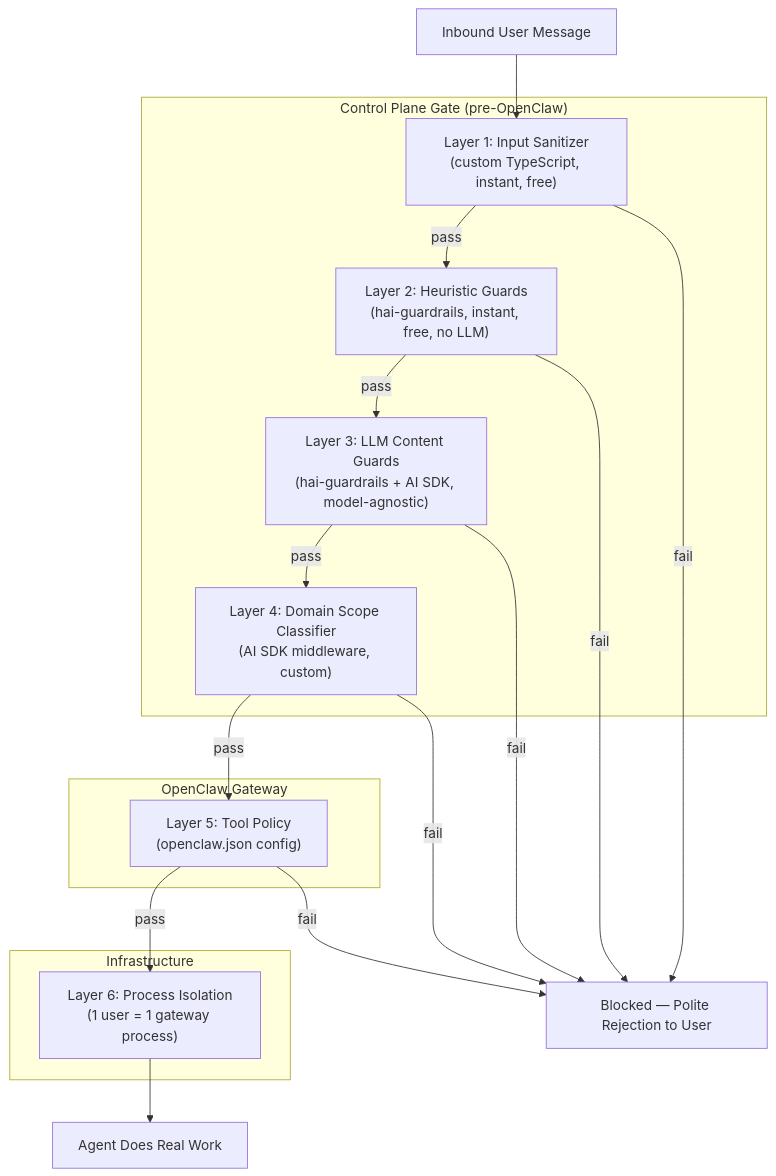
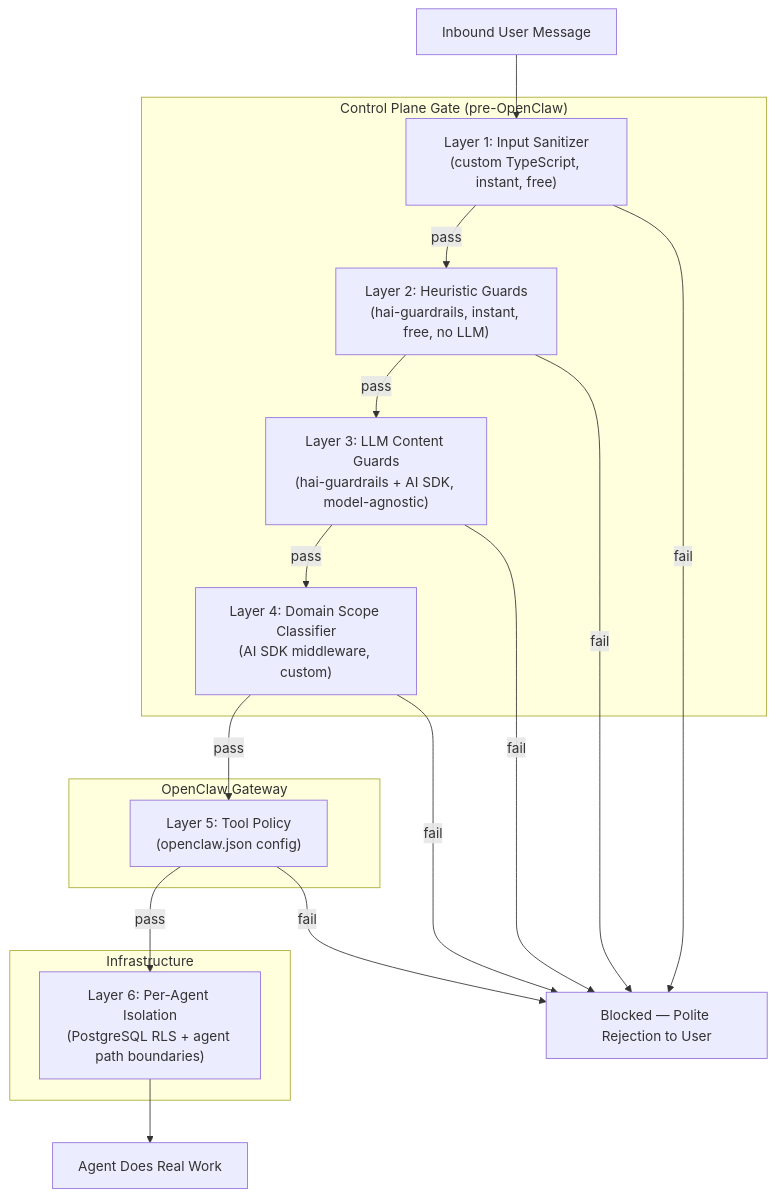
Before and after one commit to 1qh/claw: the first of 2 diagrams in brainstorm/security.md, drawn with Mermaid. The commit also changed other lines of this file and 12 other files, not shown here.

Commit message:
Major architecture revision: multi-agent per gateway, fully stateless via TigerFS, 500-1000 gateways for 10K users

````diff
--- a/brainstorm/security.md
+++ b/brainstorm/security.md
@@ -9,33 +9,33 @@
 ```mermaid
 flowchart TD
     MSG[Inbound User Message] --> L1
 
     subgraph "Control Plane Gate (pre-OpenClaw)"
         L1["Layer 1: Input Sanitizer\n(custom TypeScript, instant, free)"]
         L2["Layer 2: Heuristic Guards\n(hai-guardrails, instant, free, no LLM)"]
         L3["Layer 3: LLM Content Guards\n(hai-guardrails + AI SDK, model-agnostic)"]
         L4["Layer 4: Domain Scope Classifier\n(AI SDK middleware, custom)"]
     end
 
     subgraph "OpenClaw Gateway"
         L5["Layer 5: Tool Policy\n(openclaw.json config)"]
     end
 
     subgraph "Infrastructure"
-        L6["Layer 6: Process Isolation\n(1 user = 1 gateway process)"]
+        L6["Layer 6: Per-Agent Isolation\n(PostgreSQL RLS + agent path boundaries)"]
     end
 
     L1 -->|pass| L2
     L1 -->|"fail"| BLOCK
     L2 -->|pass| L3
     L2 -->|"fail"| BLOCK
     L3 -->|pass| L4
     L3 -->|"fail"| BLOCK
     L4 -->|pass| L5
     L4 -->|"fail"| BLOCK
     L5 -->|pass| L6
     L5 -->|"fail"| BLOCK
     L6 --> WORK[Agent Does Real Work]
 
     BLOCK[Blocked — Polite Rejection to User]
 ```
````
